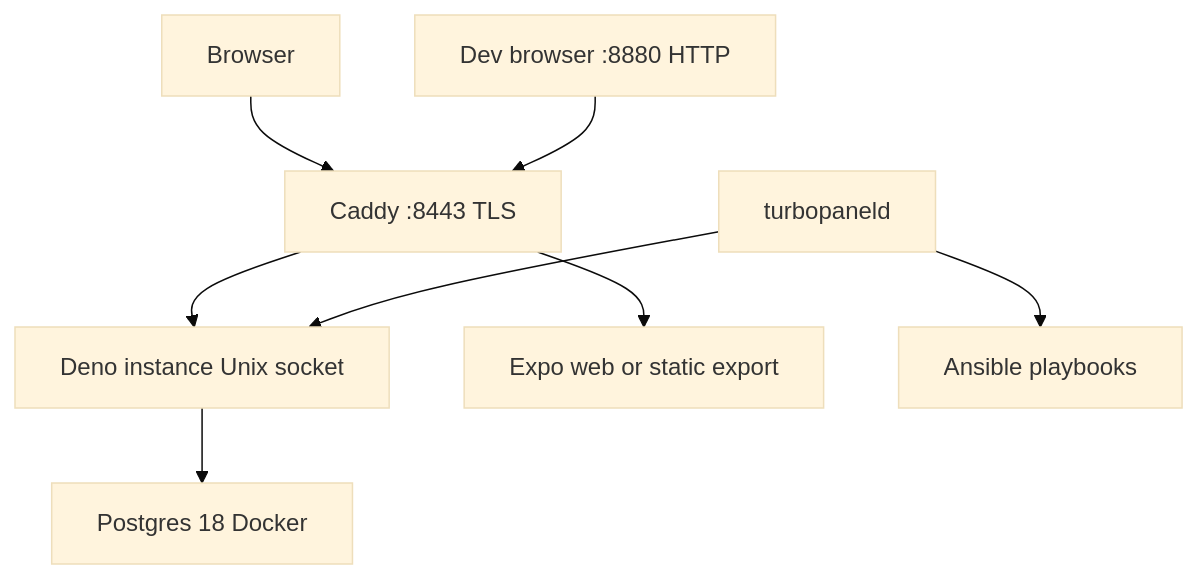
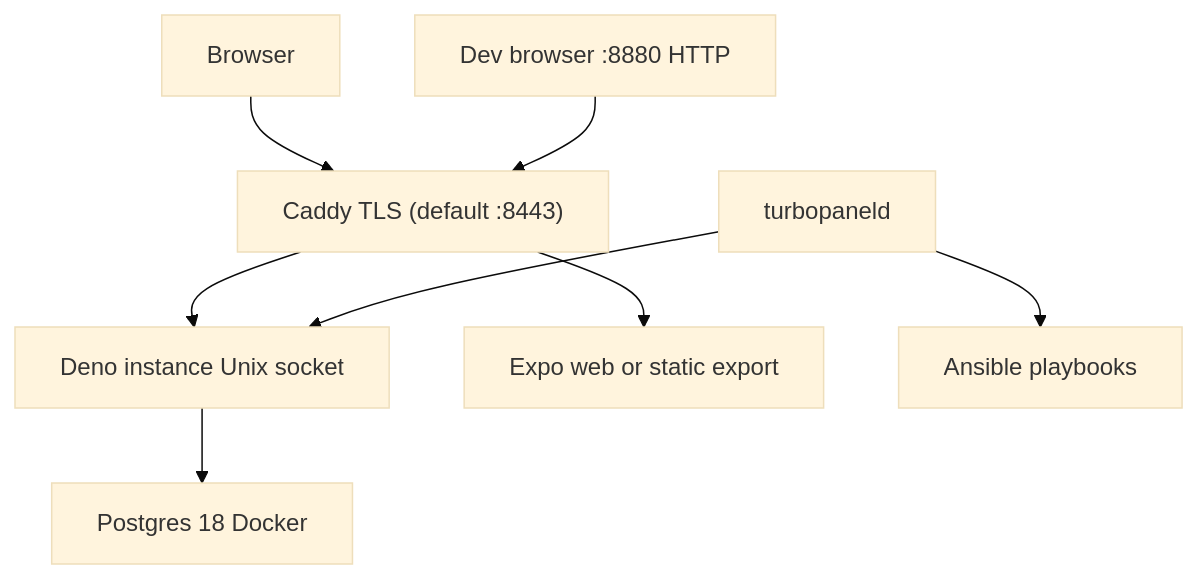
Before and after one commit to TurboPanel/website: the diagram in docs/deployment/control-plane.mdx, drawn with Mermaid (base theme). The commit also changed other lines of this file and 23 other files, not shown here.

````diff
--- a/docs/deployment/control-plane.mdx
+++ b/docs/deployment/control-plane.mdx
@@ -36,10 +36,10 @@
 ```mermaid title="Self-hosted control plane traffic flow"
 graph TD
-    Browser --> Caddy["Caddy :8443 TLS"]
+    Browser --> Caddy["Caddy TLS (default :8443)"]
     DevBrowser["Dev browser :8880 HTTP"] --> Caddy
     Caddy --> Instance["Deno instance Unix socket"]
     Caddy --> UI["Expo web or static export"]
     Daemon["turbopaneld"] --> Instance
     Instance --> PG["Postgres 18 Docker"]
     Daemon --> Ansible["Ansible playbooks"]
 ```
````
